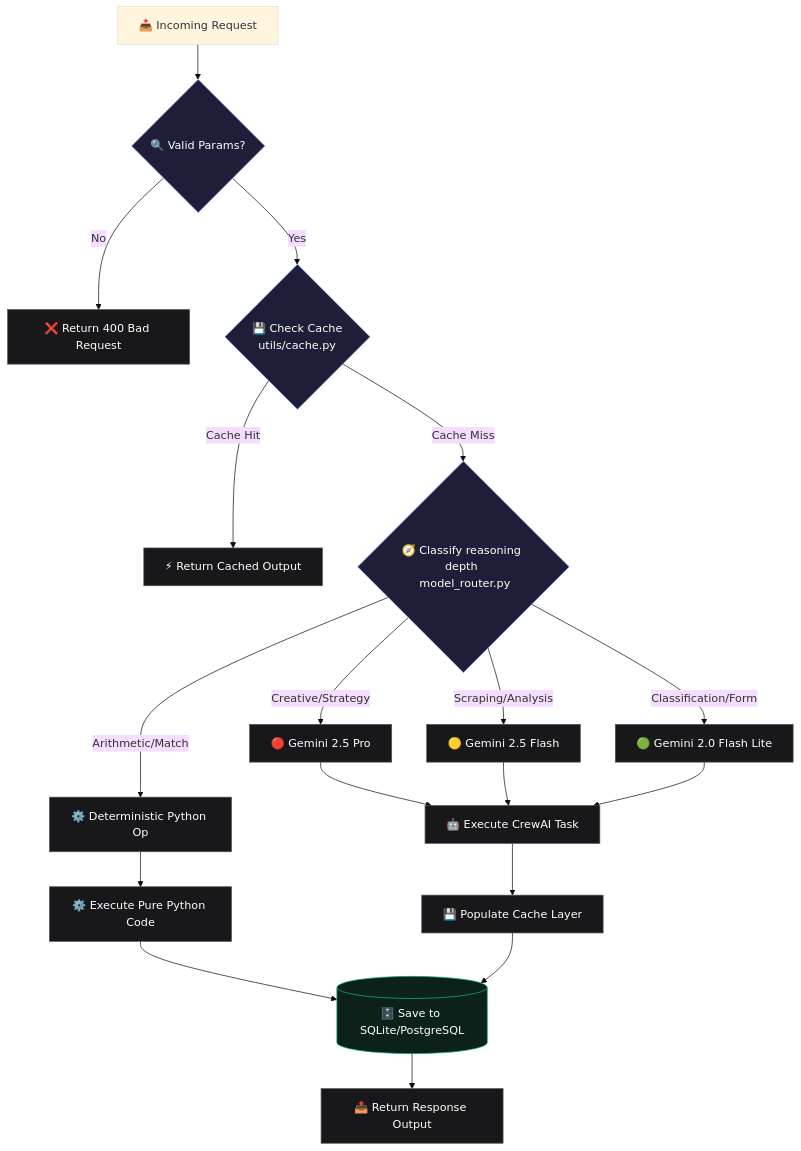
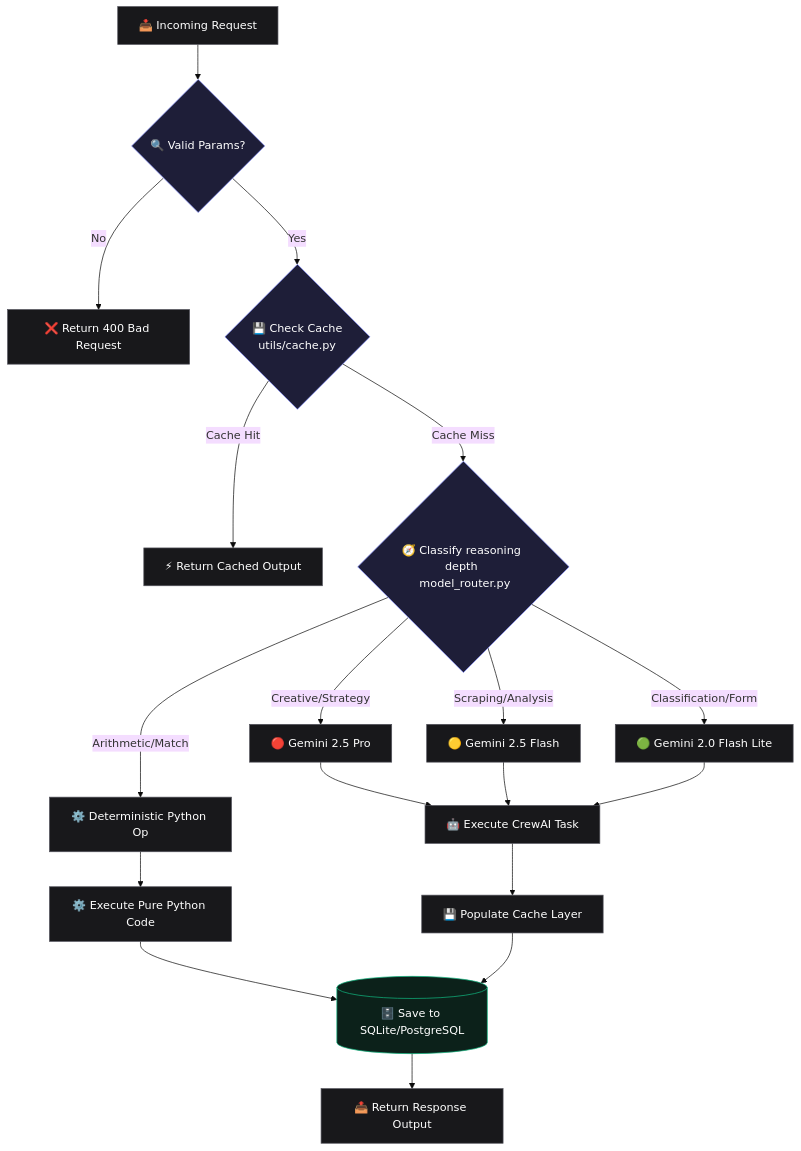
Before and after one commit to 00Harshh/multi-agent-business-os: the fourth of 5 diagrams in README.md, drawn with Mermaid (base theme). The commit also changed other lines of this file, not shown here.

Commit message:
fix: resolve Mermaid diagram parsing errors on GitHub by quoting node labels and separating style classes

````diff
--- a/README.md
+++ b/README.md
@@ -202,31 +210,71 @@
 ```mermaid
 graph TD
+    %% Custom Styling
     classDef decision fill:#1e1e38,stroke:#818cf8,stroke-width:1px,color:#fff;
     classDef proc fill:#18181b,stroke:#52525b,stroke-width:1px,color:#fff;
     classDef db fill:#0c211a,stroke:#10b981,stroke-width:1px,color:#fff;
 
-    Req[📥 Incoming Request] --> Validate{🔍 Valid Params?}:::decision
-    Validate -->|No| Reject[❌ Return 400 Bad Request]:::proc
-    Validate -->|Yes| CacheCheck{💾 Check Cache <br> utils/cache.py}:::decision
+    %% Nodes
+    Req["📥 Incoming Request"]
+    Validate{"🔍 Valid Params?"}
+    Reject["❌ Return 400 Bad Request"]
+    CacheCheck{"💾 Check Cache <br> utils/cache.py"}
+    ReturnCache["⚡ Return Cached Output"]
+    Router{"🧭 Classify reasoning depth <br> model_router.py"}
+    
+    ProModel["🔴 Gemini 2.5 Pro"]
+    FlashModel["🟡 Gemini 2.5 Flash"]
+    LiteModel["🟢 Gemini 2.0 Flash Lite"]
+    PyOps["⚙️ Deterministic Python Op"]
+
+    Execute["🤖 Execute CrewAI Task"]
+    RunCode["⚙️ Execute Pure Python Code"]
+    CacheWrite["💾 Populate Cache Layer"]
+    DBWrite[("🗄️ Save to SQLite/PostgreSQL")]
+    Response["📤 Return Response Output"]
+
+    %% Connections
+    Req --> Validate
+    Validate -->|No| Reject
+    Validate -->|Yes| CacheCheck
 
     %% Caching Path
-    CacheCheck -->|Cache Hit| ReturnCache[⚡ Return Cached Output]:::proc
-    CacheCheck -->|Cache Miss| Router{🧭 Classify reasoning depth <br> model_router.py}:::decision
+    CacheCheck -->|Cache Hit| ReturnCache
+    CacheCheck -->|Cache Miss| Router
 
     %% Routing Decisions
-    Router -->|Creative/Strategy| ProModel[🔴 Gemini 2.5 Pro]:::proc
-    Router -->|Scraping/Analysis| FlashModel[🟡 Gemini 2.5 Flash]:::proc
-    Router -->|Classification/Form| LiteModel[🟢 Gemini 2.0 Flash Lite]:::proc
-    Router -->|Arithmetic/Match| PyOps[⚙️ Deterministic Python Op]:::proc
+    Router -->|Creative/Strategy| ProModel
+    Router -->|Scraping/Analysis| FlashModel
+    Router -->|Classification/Form| LiteModel
+    Router -->|Arithmetic/Match| PyOps
 
     %% Run and Persist
-    ProModel --> Execute[🤖 Execute CrewAI Task]:::proc
+    ProModel --> Execute
     FlashModel --> Execute
     LiteModel --> Execute
-    PyOps --> RunCode[⚙️ Execute Pure Python Code]:::proc
+    PyOps --> RunCode
 
-    Execute --> CacheWrite[💾 Populate Cache Layer]:::proc
-    RunCode --> DBWrite[(🗄️ Save to SQLite/PostgreSQL)]:::db
+    Execute --> CacheWrite
+    RunCode --> DBWrite
     CacheWrite --> DBWrite
-    DBWrite --> Response[📤 Return Response Output]:::proc
+    DBWrite --> Response
+
+    %% Apply Classes
+    class Validate decision;
+    class CacheCheck decision;
+    class Router decision;
+    
+    class Req proc;
+    class Reject proc;
+    class ReturnCache proc;
+    class ProModel proc;
+    class FlashModel proc;
+    class LiteModel proc;
+    class PyOps proc;
+    class Execute proc;
+    class RunCode proc;
+    class CacheWrite proc;
+    class Response proc;
+    
+    class DBWrite db;
 ```
````
